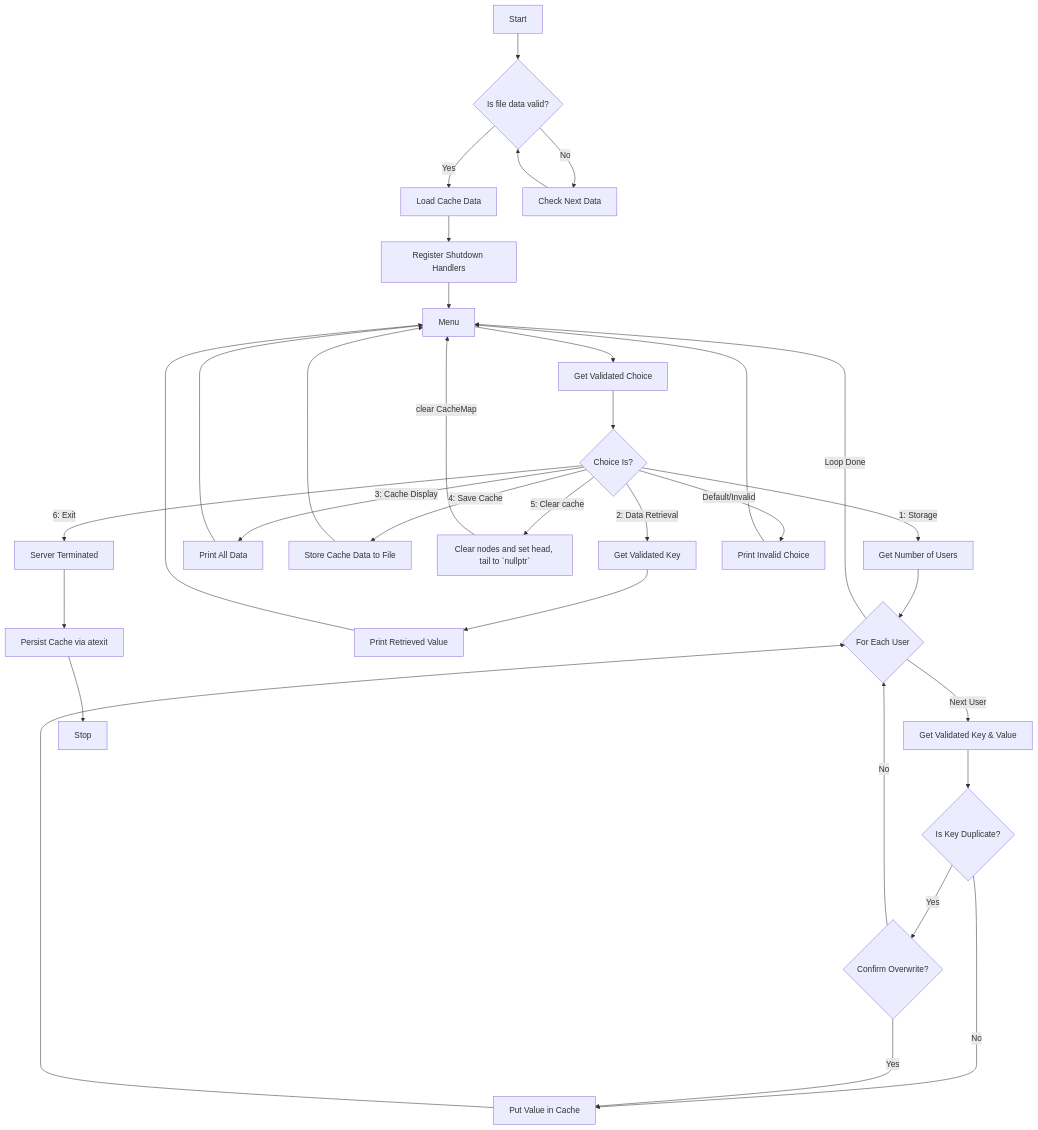
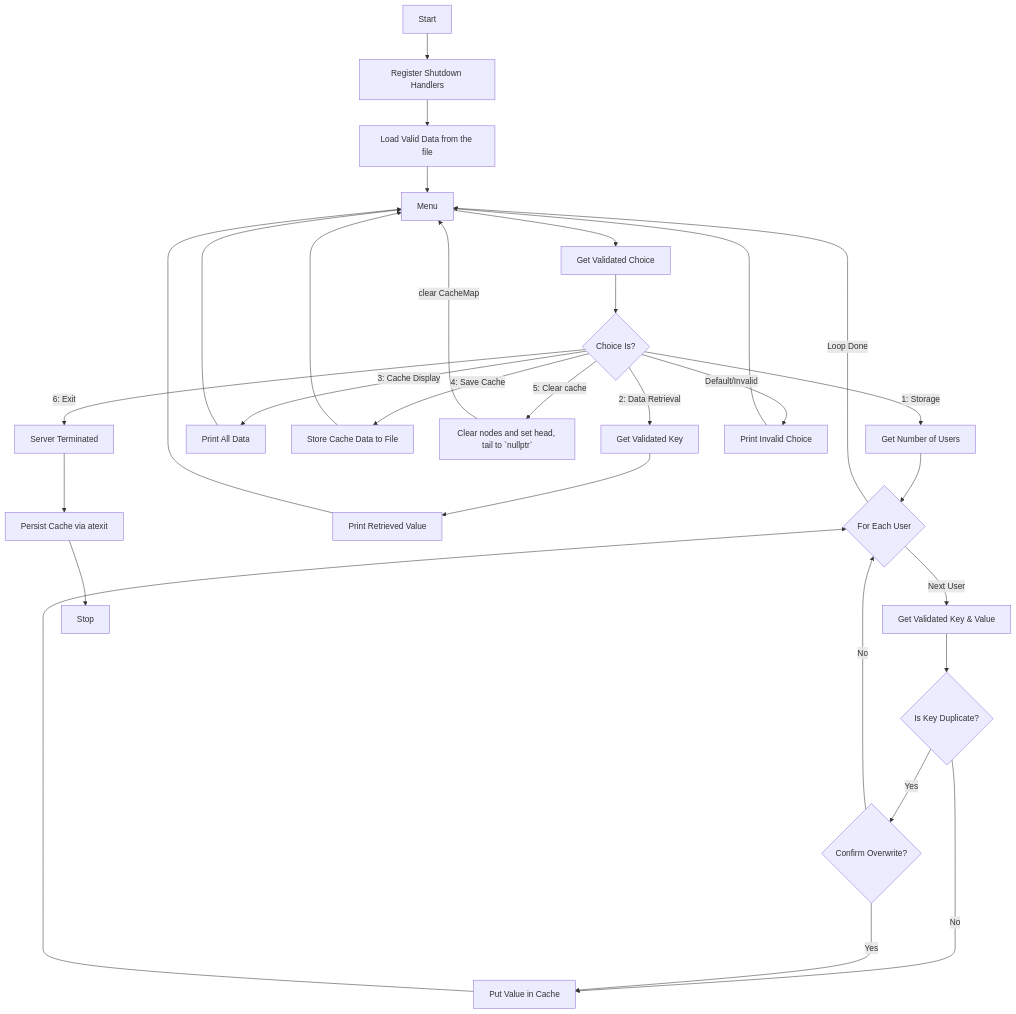
Before and after one commit to tecnolgd/velocache: the diagram in assets/docs/architecture.md, drawn with Mermaid.

Commit message:
docs: updated mermaid diagram to keep register handler stage above data loading stage

````diff
--- a/assets/docs/architecture.md
+++ b/assets/docs/architecture.md
@@ -60,39 +60,37 @@
 ```mermaid
     flowchart TB
-    Start -->Validate{Is file data valid?}
-    Validate -- Yes --> Load[Load Cache Data] --> Register[Register Shutdown Handlers] --> Menu
-    Validate -- No -->Check_Next[Check Next Data] -->Validate 
-
+    Start -->Register[Register Shutdown Handlers]
+    Register --> Load[Load Valid Data from the file] --> Menu
     Menu --> GetChoice[Get Validated Choice] --> Choice{Choice Is?}
     
     %% Option-1: Storage
     Choice -- 1: Storage --> InputUsers[Get Number of Users]
     InputUsers --> UserLoop{For Each User}
     UserLoop -- Loop Done --> Menu
     UserLoop -- Next User --> KeyInput[Get Validated Key & Value]
     KeyInput --> Duplicate{Is Key Duplicate?}
     
     Duplicate -- No ---> Put[Put Value in Cache] --> UserLoop
     Duplicate -- Yes --> Overwrite{Confirm Overwrite?}
     Overwrite -- Yes ---> Put
     Overwrite -- No --> UserLoop
 
     %% Option-2: Retrieval
     Choice -- 2: Data Retrieval --> GetKey[Get Validated Key]
     GetKey --> PrintVal[Print Retrieved Value] --> Menu
 
     %% Option-3: Display
     Choice -- 3: Cache Display --> Print[Print All Data] --> Menu
 
     %% Option-4: Save Cache
     Choice -- 4: Save Cache --> Save[Store Cache Data to File] --> Menu
 
     %% Option-5: Clear Cache
     Choice -- 5: Clear cache --> Clear[Clear nodes and set head, tail to `nullptr`] -- clear CacheMap --> Menu
 
     %% Option-6: Exit
     Choice -- 6: Exit --> Terminate[Server Terminated] --> Persist[Persist Cache via atexit] --> Stop
 
     %% Invalid Choice
     Choice -- Default/Invalid --> Invalid[Print Invalid Choice] --> Menu
 ```
````
